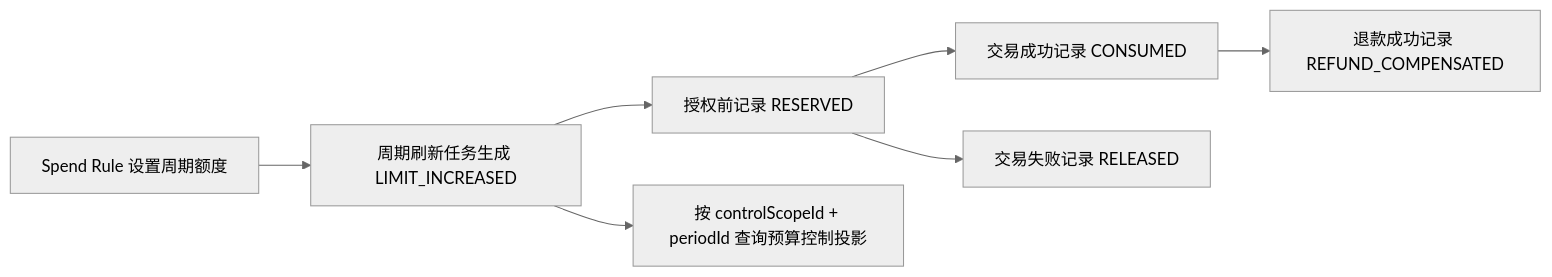
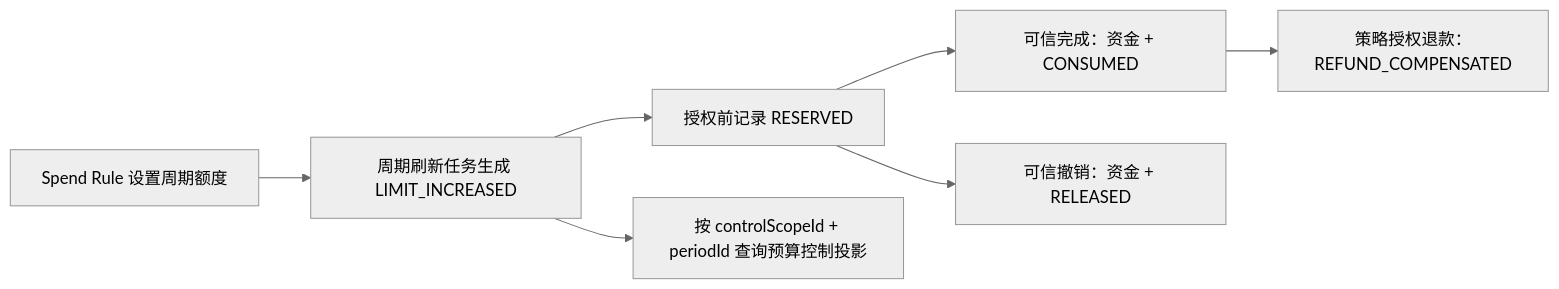
One commit to fengwuxp/wind-funds changed the diagram in docs/用户接入指南/README.md. Above: the diagram before and after it, drawn with Mermaid (neutral theme). The commit also changed other lines of this file and 73 other files, not shown here.

````diff
--- a/docs/用户接入指南/README.md
+++ b/docs/用户接入指南/README.md
@@ -248,9 +248,9 @@
 ```mermaid
 flowchart LR
     A["Spend Rule 设置周期额度"] --> B["周期刷新任务生成 LIMIT_INCREASED"]
     B --> C["授权前记录 RESERVED"]
-    C --> D["交易成功记录 CONSUMED"]
-    C --> E["交易失败记录 RELEASED"]
-    D --> F["退款成功记录 REFUND_COMPENSATED"]
+    C --> D["可信完成：资金 + CONSUMED"]
+    C --> E["可信撤销：资金 + RELEASED"]
+    D --> F["策略授权退款：REFUND_COMPENSATED"]
     B --> G["按 controlScopeId + periodId 查询预算控制投影"]
 ```
````
